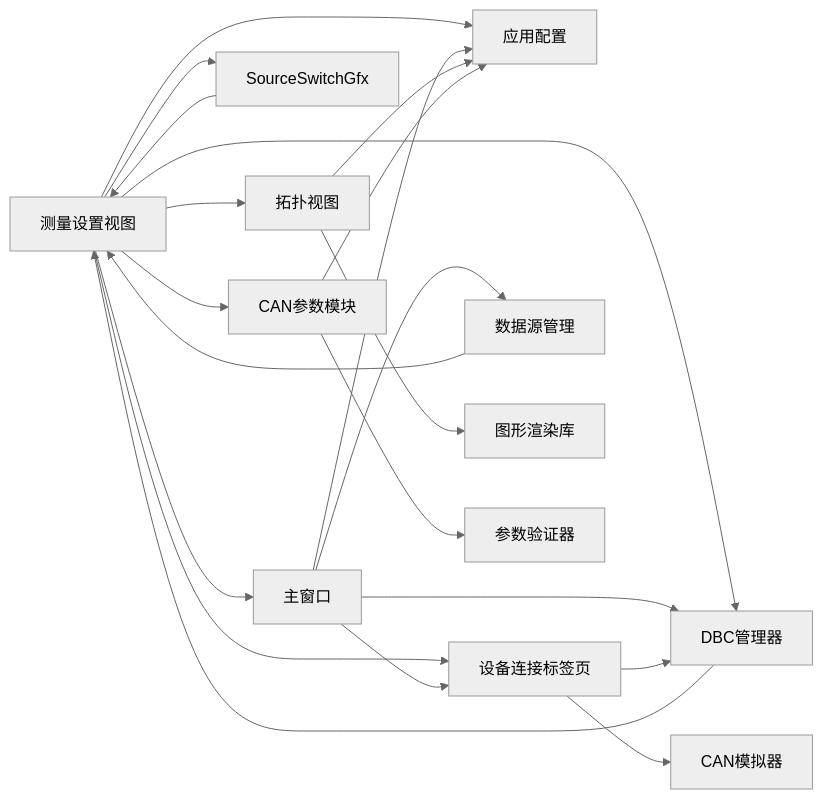
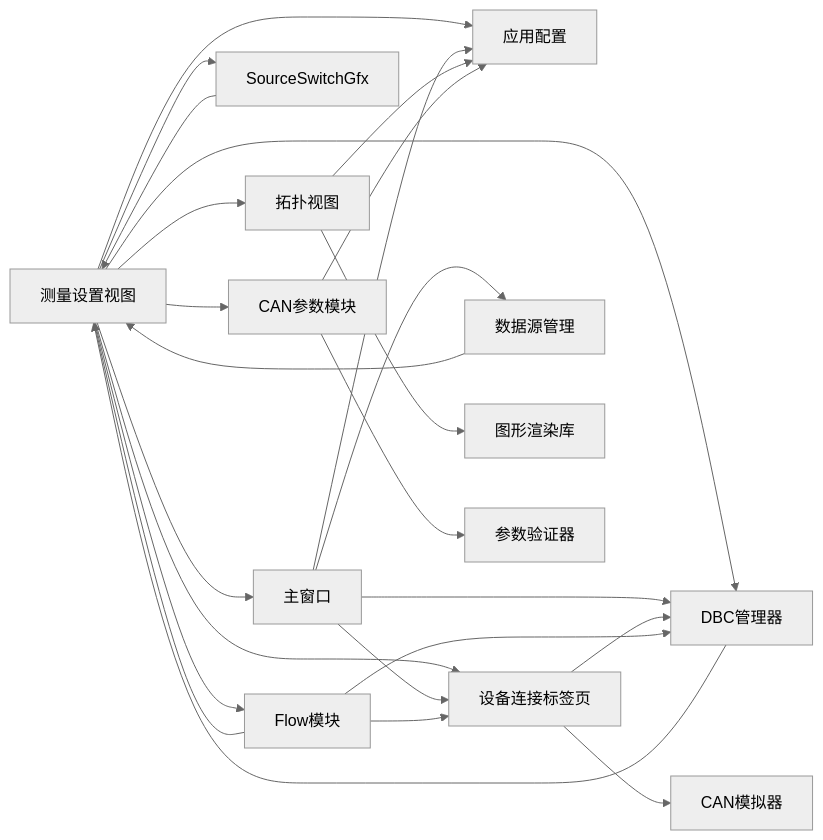
Before and after one commit to jakecai1225-design/OpenBus: the tenth of 10 diagrams in .qoder/repowiki/zh/content/架构设计/UI系统设计/测量设置视图组件.md, drawn with Mermaid (neutral theme). The commit also changed other lines of this file and 10 other files, not shown here.

````diff
--- a/.qoder/repowiki/zh/content/架构设计/UI系统设计/测量设置视图组件.md
+++ b/.qoder/repowiki/zh/content/架构设计/UI系统设计/测量设置视图组件.md
@@ -604,23 +637,27 @@
 ```mermaid
 graph LR
 MSV["测量设置视图"] --> MW["主窗口"]
 MSV --> AC["应用配置"]
 MSV --> SSG["SourceSwitchGfx"]
 MSV --> TV["拓扑视图"]
 MSV --> CAN["CAN参数模块"]
 MSV --> DCT["设备连接标签页"]
 MSV --> DM["DBC管理器"]
+MSV --> FM["Flow模块"]
 MW --> AC
 MW --> DS["数据源管理"]
 MW --> DCT
 MW --> DM
 TV --> AC
 TV --> GL["图形渲染库"]
 SSG --> MSV
 CAN --> AC
 CAN --> VLD["参数验证器"]
 DS --> MSV
 DCT --> DM
 DCT --> SIM["CAN模拟器"]
 DM --> MSV
+FM --> MSV
+FM --> DM
+FM --> DCT
 ```
````
